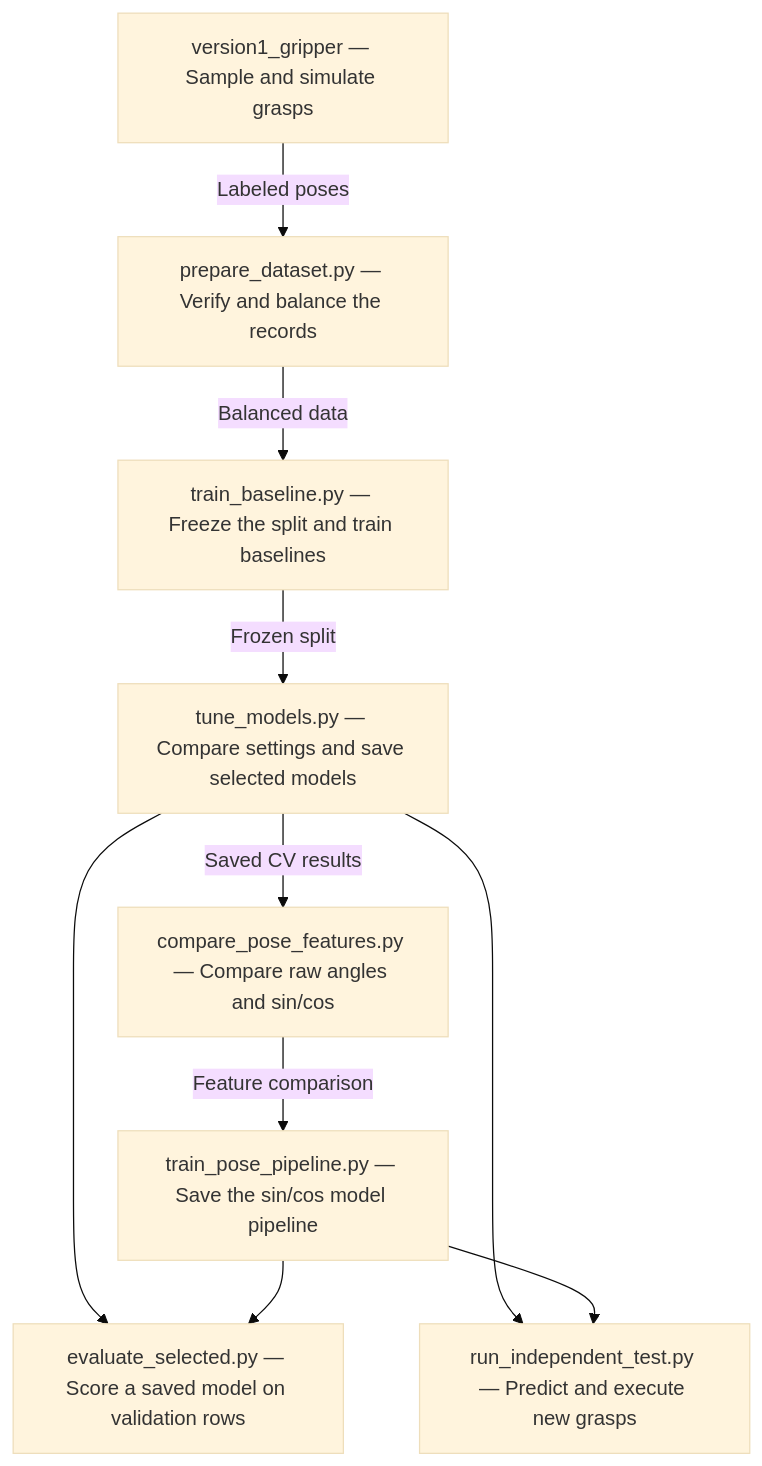
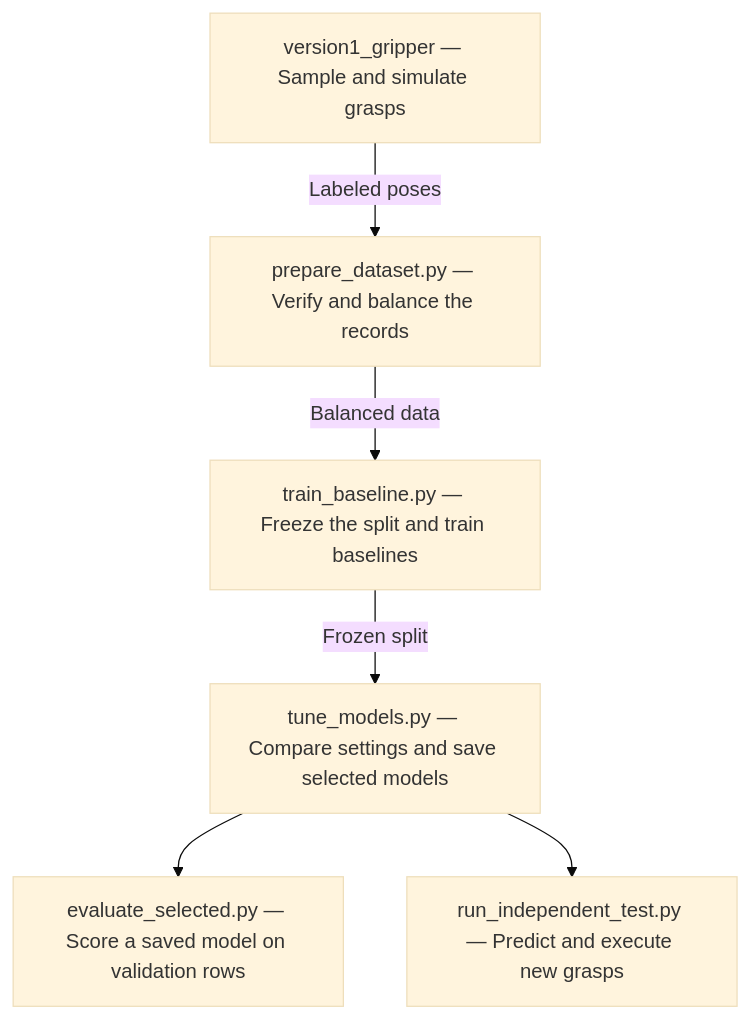
The diagram in README.md (jason0925pig-rgb/Pybullet-Gripper), drawn with Mermaid (base theme) before and after one commit. The commit also changed other lines of this file, not shown here.

````diff
--- a/README.md
+++ b/README.md
@@ -43,21 +44,15 @@
 ```mermaid
 flowchart TD
     collect["version1_gripper — Sample and simulate grasps"]
     prepare["prepare_dataset.py — Verify and balance the records"]
     baseline["train_baseline.py — Freeze the split and train baselines"]
     tune["tune_models.py — Compare settings and save selected models"]
-    encode["compare_pose_features.py — Compare raw angles and sin/cos"]
-    pipeline["train_pose_pipeline.py — Save the sin/cos model pipeline"]
     validate["evaluate_selected.py — Score a saved model on validation rows"]
     test["run_independent_test.py — Predict and execute new grasps"]
 
     collect -->|"Labeled poses"| prepare
     prepare -->|"Balanced data"| baseline
     baseline -->|"Frozen split"| tune
-    tune -->|"Saved CV results"| encode
-    encode -->|"Feature comparison"| pipeline
     tune --> validate
-    pipeline --> validate
     tune --> test
-    pipeline --> test
 ```
````
